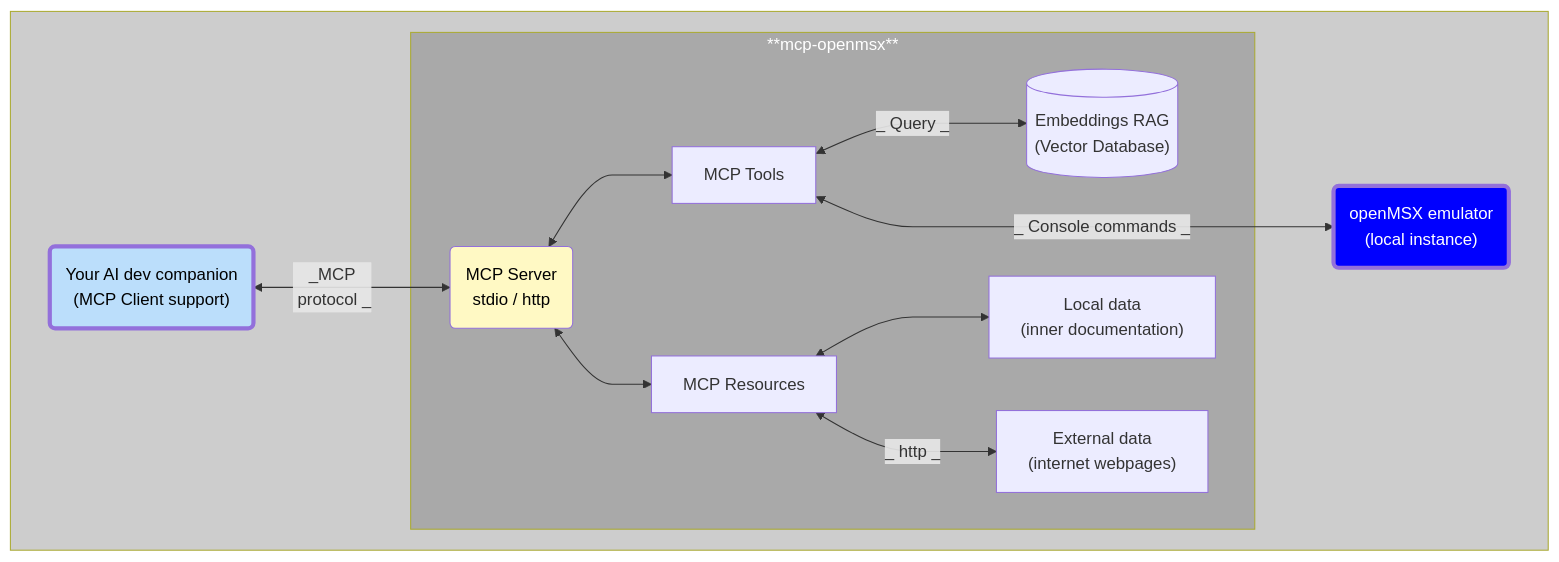
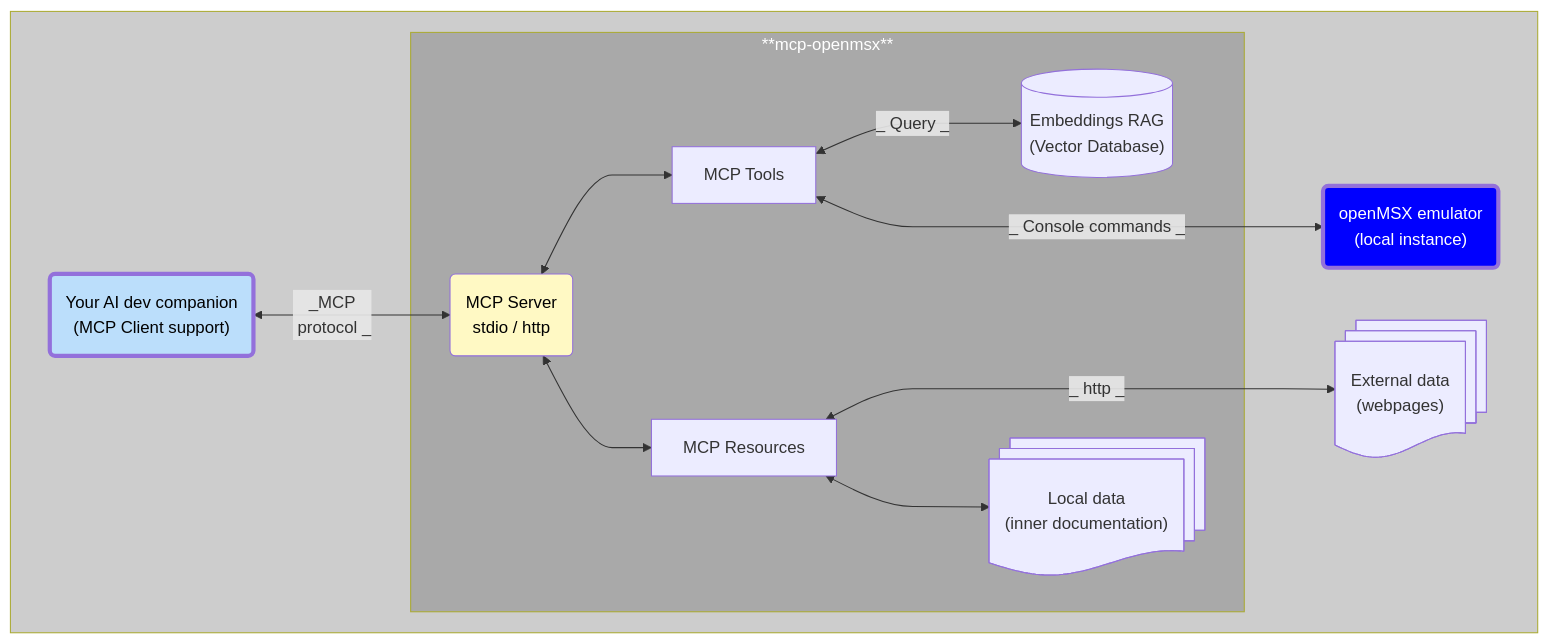
One commit to nataliapc/mcp-openmsx changed the diagram in README.md. Above: the diagram before and after it, drawn with Mermaid. The commit also changed other lines of this file, not shown here.

Commit message:
Diagram in README.md

````diff
--- a/README.md
+++ b/README.md
@@ -32,34 +32,36 @@
 ```mermaid
 flowchart TB
   %%{init: {'flowchart': {'curve':'monotoneX' }}}%%
 
   subgraph yourComputerGroup[" "]
     HOST["Your AI dev companion<br>(MCP Client support)"]
     EMU["openMSX emulator<br>(local instance)"]
 
     subgraph mcpGroup["**mcp-openmsx**"]
       MCP["MCP Server<br>stdio / http"]
       TOOLS["MCP Tools"]
       VECTORDB[("Embeddings RAG<br>(Vector Database)")]
       RESOURCES["MCP Resources"]
       LOCALDATA["Local data<br>(inner documentation)"]
-      EXTDATA["External data<br>(internet webpages)"]
     end
+    EXTDATA["External data<br>(webpages)"]
 
     HOST <--"_MCP<br>&nbsp;protocol&nbsp;_"--> MCP
     MCP <--> TOOLS & RESOURCES
     TOOLS <--"_&nbsp;Query&nbsp;_"--> VECTORDB
     TOOLS <--"_&nbsp;Console commands&nbsp;_"---> EMU
+    RESOURCES <--_&nbsp;http&nbsp;_---> EXTDATA
     RESOURCES <--> LOCALDATA
-    RESOURCES <--_&nbsp;http&nbsp;_--> EXTDATA
   end
 
   HOST@{ shape: rounded }
   MCP@{ shape: rounded }
   EMU@{ shape: rounded }
+  LOCALDATA@{ shape: docs }
+  EXTDATA@{ shape: docs }
   style yourComputerGroup color:#fff,fill:#4444,text-align:left
   style mcpGroup color:#fff,fill:#4444
   style HOST color:#000000,fill:#BBDEFB,stroke-width:4px,stroke-dasharray:0
   style MCP color:#000000,fill:#FFF9C4
   style EMU color:#FFFFFF,fill:#0000FF,stroke-width:4px,stroke-dasharray:0
 ```
````
